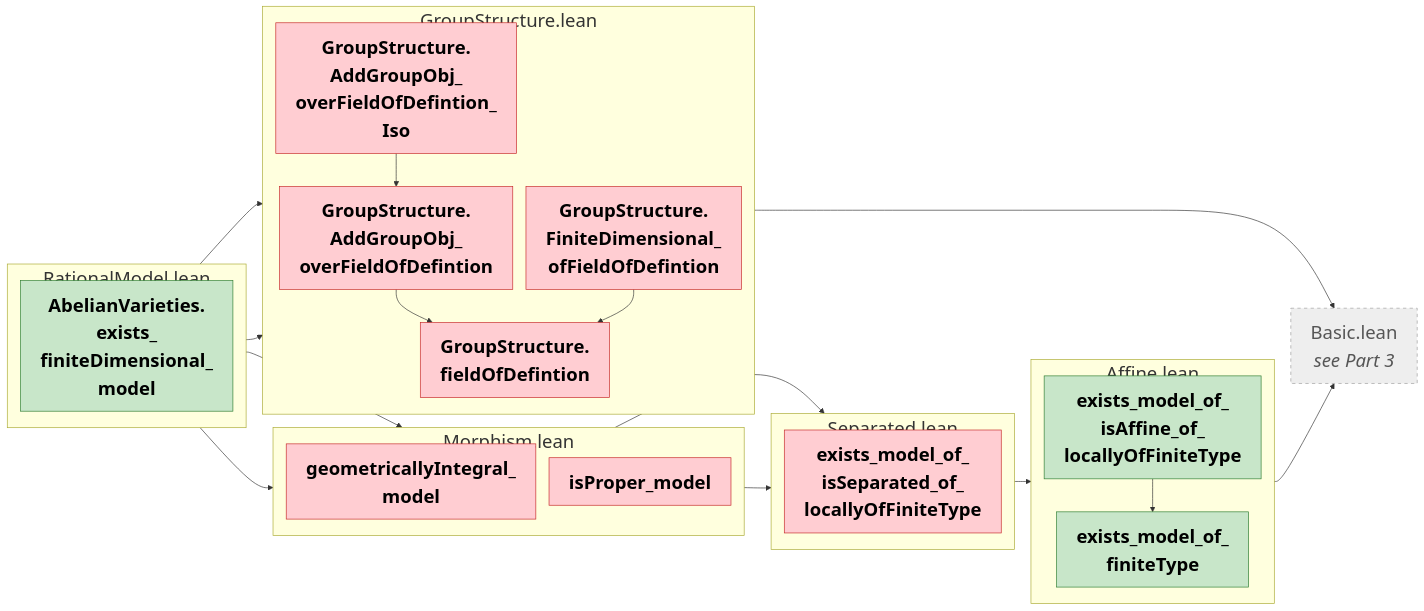
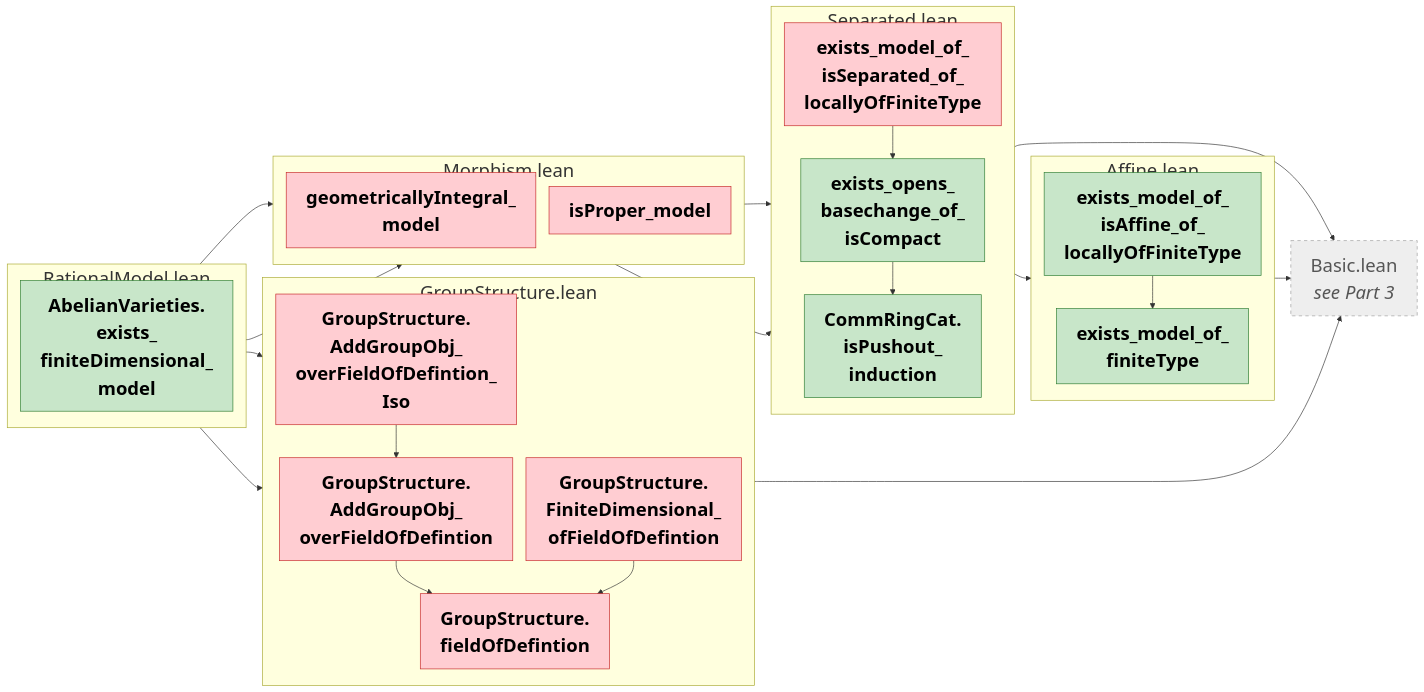
The fourth of 5 diagrams in CMAbelianVarieties/MindMapStep2.md (abhijitaj1997/CMAbelianVarieties), drawn with Mermaid before and after one commit. The commit also changed other lines of this file and 1 other file, not shown here.

Commit message:
chore: complete end-of-session checklist

````diff
--- a/CMAbelianVarieties/MindMapStep2.md
+++ b/CMAbelianVarieties/MindMapStep2.md
@@ -314,52 +315,57 @@
 ```mermaid
 %%{init: {"flowchart": {"useMaxWidth": false, "rankSpacing": 25, "nodeSpacing": 20}, "themeVariables": {"fontSize": "28px"}}}%%
 graph LR
   subgraph m_CMAbelianVarieties_AlgebraicGeometry_AbelianVarieties_RationalModel["RationalModel.lean"]
     direction TB
     n_AbelianVarieties_exists_finiteDimensional_model["<b>AbelianVarieties.<br/>exists_<br/>finiteDimensional_<br/>model</b>"]
   end
   subgraph m_CMAbelianVarieties_AlgebraicGeometry_RationalModel_Affine["Affine.lean"]
     direction TB
     n_exists_model_of_finiteType["<b>exists_model_of_<br/>finiteType</b>"]
     n_exists_model_of_isAffine_of_locallyOfFiniteType["<b>exists_model_of_<br/>isAffine_of_<br/>locallyOfFiniteType</b>"]
   end
   subgraph m_CMAbelianVarieties_AlgebraicGeometry_RationalModel_GroupStructure["GroupStructure.lean"]
     direction TB
     n_GroupStructure_AddGroupObj_overFieldOfDefintion["<b>GroupStructure.<br/>AddGroupObj_<br/>overFieldOfDefintion</b>"]
     n_GroupStructure_AddGroupObj_overFieldOfDefintion_Iso["<b>GroupStructure.<br/>AddGroupObj_<br/>overFieldOfDefintion_<br/>Iso</b>"]
     n_GroupStructure_FiniteDimensional_ofFieldOfDefintion["<b>GroupStructure.<br/>FiniteDimensional_<br/>ofFieldOfDefintion</b>"]
     n_GroupStructure_fieldOfDefintion["<b>GroupStructure.<br/>fieldOfDefintion</b>"]
   end
   subgraph m_CMAbelianVarieties_AlgebraicGeometry_RationalModel_Morphism["Morphism.lean"]
     direction TB
     n_geometricallyIntegral_model["<b>geometricallyIntegral_<br/>model</b>"]
     n_isProper_model["<b>isProper_model</b>"]
   end
   subgraph m_CMAbelianVarieties_AlgebraicGeometry_RationalModel_Separated["Separated.lean"]
     direction TB
+    n_CommRingCat_isPushout_induction["<b>CommRingCat.<br/>isPushout_<br/>induction</b>"]
     n_exists_model_of_isSeparated_of_locallyOfFiniteType["<b>exists_model_of_<br/>isSeparated_of_<br/>locallyOfFiniteType</b>"]
+    n_exists_opens_basechange_of_isCompact["<b>exists_opens_<br/>basechange_of_<br/>isCompact</b>"]
   end
   x_CMAbelianVarieties_AlgebraicGeometry_Basic["Basic.lean<br/><i>see Part 3</i>"]
 
   n_AbelianVarieties_exists_finiteDimensional_model --> n_GroupStructure_AddGroupObj_overFieldOfDefintion_Iso
   n_AbelianVarieties_exists_finiteDimensional_model --> n_GroupStructure_FiniteDimensional_ofFieldOfDefintion
   n_AbelianVarieties_exists_finiteDimensional_model --> n_geometricallyIntegral_model
   n_AbelianVarieties_exists_finiteDimensional_model --> n_isProper_model
   n_GroupStructure_AddGroupObj_overFieldOfDefintion --> n_GroupStructure_fieldOfDefintion
   n_GroupStructure_AddGroupObj_overFieldOfDefintion_Iso --> n_GroupStructure_AddGroupObj_overFieldOfDefintion
   n_GroupStructure_FiniteDimensional_ofFieldOfDefintion --> n_GroupStructure_fieldOfDefintion
   n_GroupStructure_fieldOfDefintion --> x_CMAbelianVarieties_AlgebraicGeometry_Basic
   n_exists_model_of_isAffine_of_locallyOfFiniteType --> n_exists_model_of_finiteType
   n_exists_model_of_isAffine_of_locallyOfFiniteType --> x_CMAbelianVarieties_AlgebraicGeometry_Basic
   n_exists_model_of_isSeparated_of_locallyOfFiniteType --> n_exists_model_of_isAffine_of_locallyOfFiniteType
+  n_exists_model_of_isSeparated_of_locallyOfFiniteType --> n_exists_opens_basechange_of_isCompact
+  n_exists_opens_basechange_of_isCompact --> n_CommRingCat_isPushout_induction
+  n_exists_opens_basechange_of_isCompact --> x_CMAbelianVarieties_AlgebraicGeometry_Basic
   n_geometricallyIntegral_model --> n_exists_model_of_isSeparated_of_locallyOfFiniteType
   n_isProper_model --> n_exists_model_of_isSeparated_of_locallyOfFiniteType
 
   classDef ok fill:#c8e6c9,stroke:#2e7d32,color:#000
   classDef bad fill:#ffcdd2,stroke:#c62828,color:#000
   classDef main fill:#ffd54f,stroke:#b8860b,stroke-width:3px,color:#000
   classDef ext fill:#eeeeee,stroke:#9e9e9e,stroke-dasharray:5 5,color:#555
-  class n_AbelianVarieties_exists_finiteDimensional_model,n_exists_model_of_finiteType,n_exists_model_of_isAffine_of_locallyOfFiniteType ok
+  class n_AbelianVarieties_exists_finiteDimensional_model,n_CommRingCat_isPushout_induction,n_exists_model_of_finiteType,n_exists_model_of_isAffine_of_locallyOfFiniteType,n_exists_opens_basechange_of_isCompact ok
   class n_GroupStructure_AddGroupObj_overFieldOfDefintion,n_GroupStructure_AddGroupObj_overFieldOfDefintion_Iso,n_GroupStructure_FiniteDimensional_ofFieldOfDefintion,n_GroupStructure_fieldOfDefintion,n_exists_model_of_isSeparated_of_locallyOfFiniteType,n_geometricallyIntegral_model,n_isProper_model bad
   class x_CMAbelianVarieties_AlgebraicGeometry_Basic ext
 ```
````
